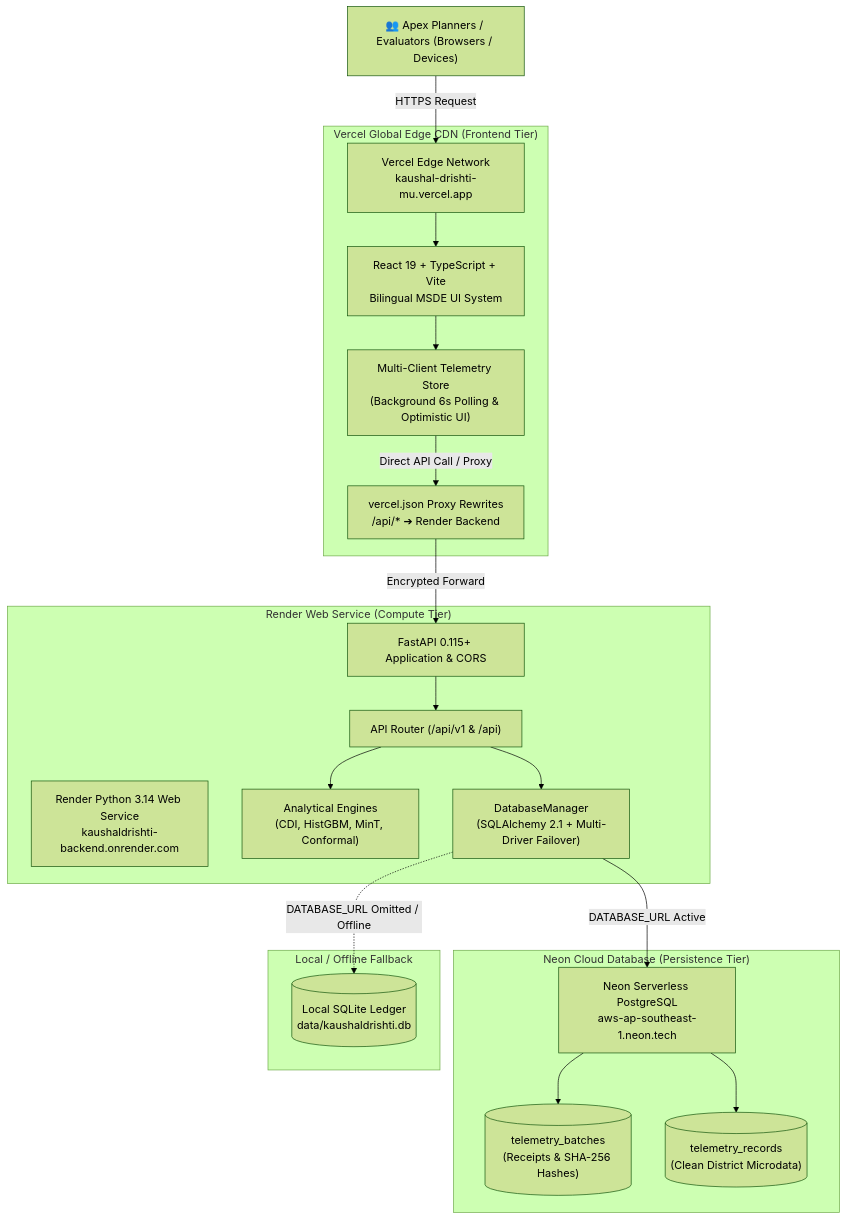
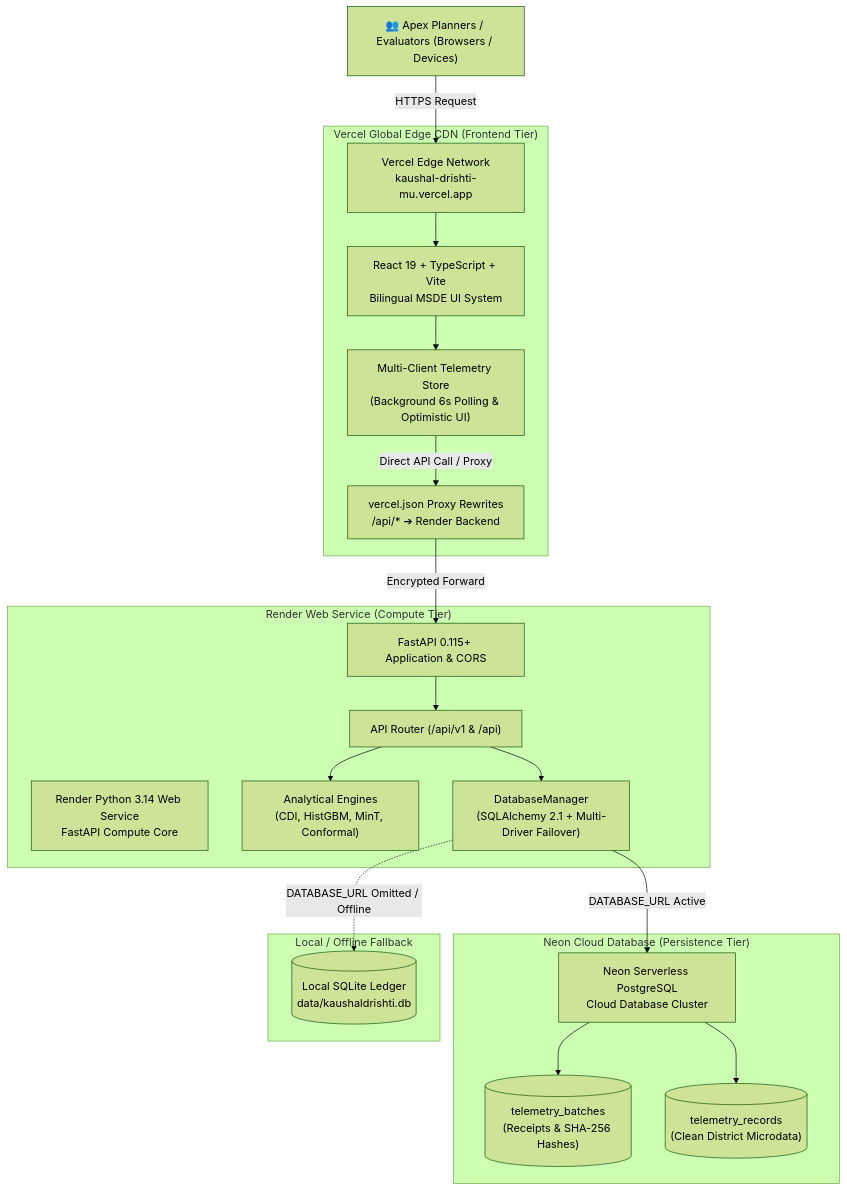
Before and after one commit to khushboocodes/KaushalDrishti: the first of 3 diagrams in README.md, drawn with Mermaid (forest theme). The commit also changed other lines of this file and 2 other files, not shown here.

````diff
--- a/README.md
+++ b/README.md
@@ -60,42 +49,42 @@
 ```mermaid
 graph TD
     User["👥 Apex Planners / Evaluators (Browsers / Devices)"]
 
     subgraph "Vercel Global Edge CDN (Frontend Tier)"
         VercelEdge["Vercel Edge Network<br/>kaushal-drishti-mu.vercel.app"]
         ReactApp["React 19 + TypeScript + Vite<br/>Bilingual MSDE UI System"]
         TelemetryStore["Multi-Client Telemetry Store<br/>(Background 6s Polling & Optimistic UI)"]
         VercelRewrite["vercel.json Proxy Rewrites<br/>/api/* ➔ Render Backend"]
     end
 
     subgraph "Render Web Service (Compute Tier)"
-        RenderService["Render Python 3.14 Web Service<br/>kaushaldrishti-backend.onrender.com"]
+        RenderService["Render Python 3.14 Web Service<br/>FastAPI Compute Core"]
         FastAPI["FastAPI 0.115+ Application & CORS"]
         Router["API Router (/api/v1 & /api)"]
         AnalyticalCore["Analytical Engines<br/>(CDI, HistGBM, MinT, Conformal)"]
         DBManager["DatabaseManager<br/>(SQLAlchemy 2.1 + Multi-Driver Failover)"]
     end
 
     subgraph "Neon Cloud Database (Persistence Tier)"
-        NeonPG["Neon Serverless PostgreSQL<br/>aws-ap-southeast-1.neon.tech"]
+        NeonPG["Neon Serverless PostgreSQL<br/>Cloud Database Cluster"]
         BatchTable[("telemetry_batches<br/>(Receipts & SHA-256 Hashes)")]
         RecordTable[("telemetry_records<br/>(Clean District Microdata)")]
     end
 
     subgraph "Local / Offline Fallback"
         SQLiteDB[("Local SQLite Ledger<br/>data/kaushaldrishti.db")]
     end
 
     User -->|HTTPS Request| VercelEdge
     VercelEdge --> ReactApp
     ReactApp --> TelemetryStore
     TelemetryStore -->|Direct API Call / Proxy| VercelRewrite
     VercelRewrite -->|Encrypted Forward| FastAPI
     FastAPI --> Router
     Router --> AnalyticalCore
     Router --> DBManager
     DBManager -->|DATABASE_URL Active| NeonPG
     DBManager -.->|DATABASE_URL Omitted / Offline| SQLiteDB
     NeonPG --> BatchTable
     NeonPG --> RecordTable
 ```
````
